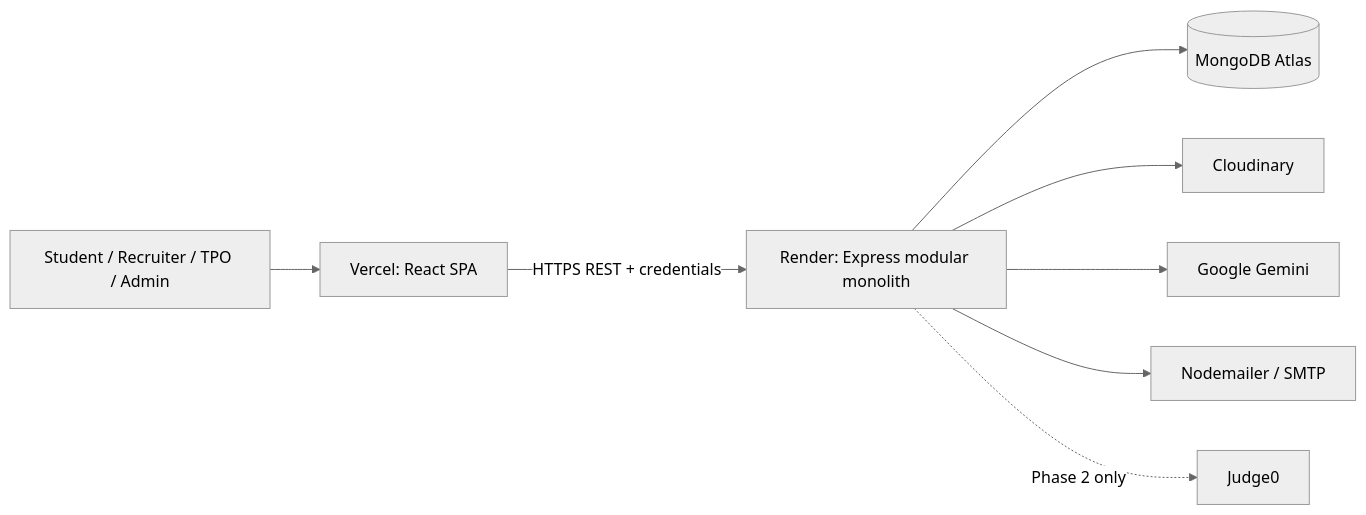
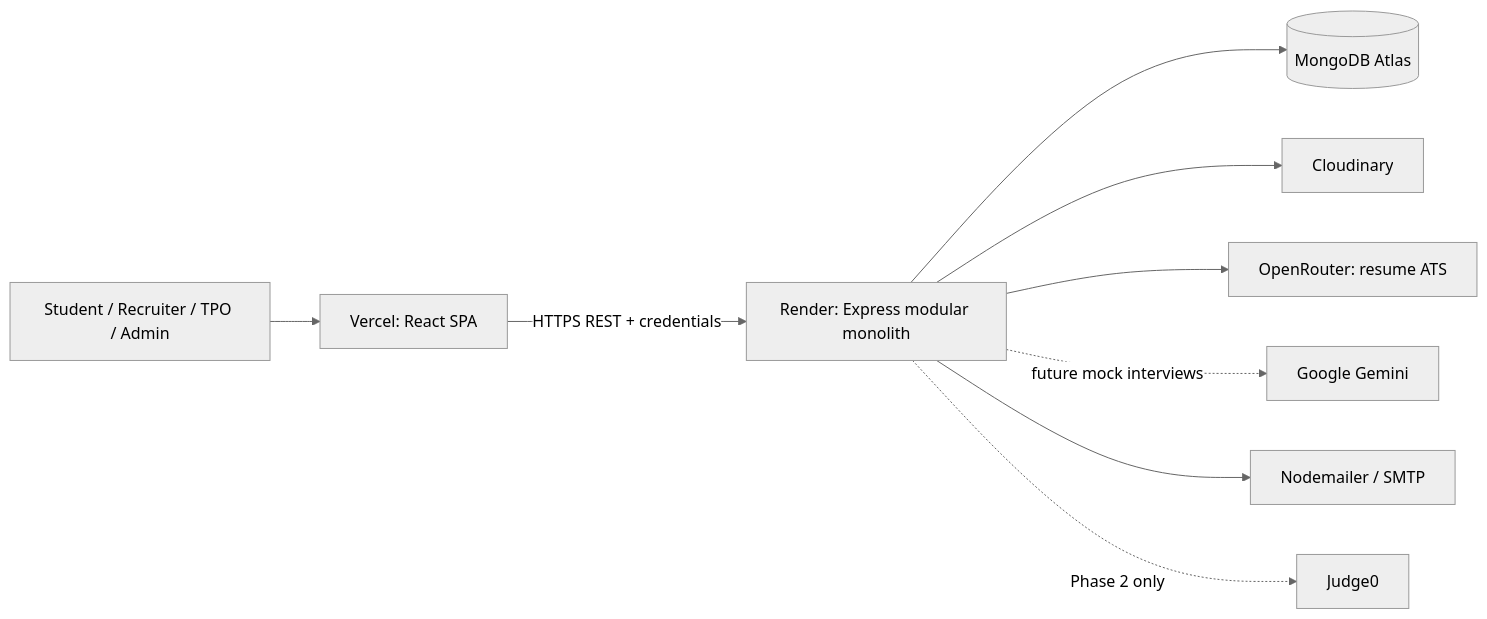
One commit to rohan-kendre/AI-driven-recruitment-system changed the first of 6 diagrams in docs/architecture.md. Above: the diagram before and after it, drawn with Mermaid (neutral theme). The commit also changed other lines of this file and 40 other files, not shown here.

````diff
--- a/docs/architecture.md
+++ b/docs/architecture.md
@@ -58,10 +58,11 @@
 ```mermaid
 flowchart LR
   U[Student / Recruiter / TPO / Admin] --> FE[Vercel: React SPA]
   FE -->|HTTPS REST + credentials| API[Render: Express modular monolith]
   API --> DB[(MongoDB Atlas)]
   API --> CL[Cloudinary]
-  API --> GM[Google Gemini]
+  API --> OR[OpenRouter: resume ATS]
+  API -. future mock interviews .-> GM[Google Gemini]
   API --> EM[Nodemailer / SMTP]
   API -. Phase 2 only .-> J[Judge0]
 ```
````
